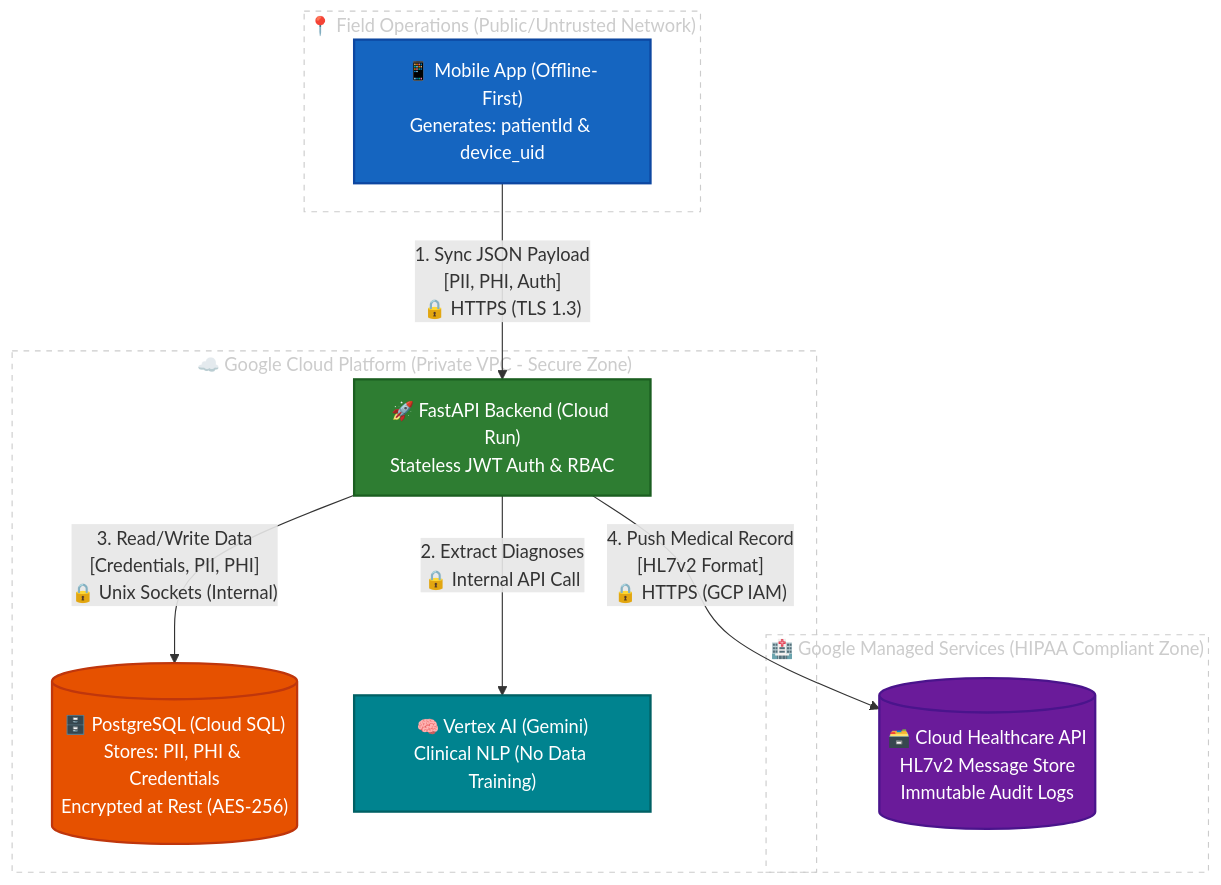
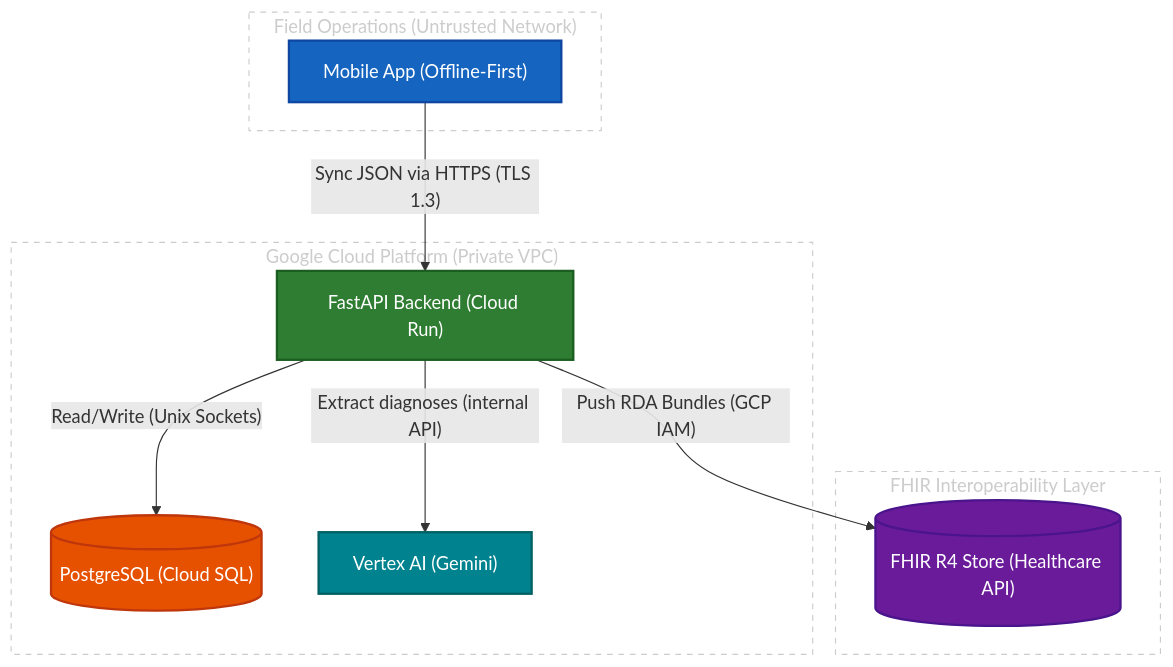
Before and after one commit to guane-hwb/health-without-borders: the diagram in docs/infrastructure/security.md, drawn with Mermaid. The commit also changed other lines of this file and 11 other files, not shown here.

First line of the commit message:
:memo: Remove HL7v2 strategy document and update documentation for FHIR RDA architecture

````diff
--- a/docs/infrastructure/security.md
+++ b/docs/infrastructure/security.md
@@ -84,31 +89,30 @@
 ```mermaid
 flowchart TD
-    %% --- Definición de Estilos para Modo Oscuro de GitHub ---
     classDef mobile fill:#1565c0,stroke:#0d47a1,stroke-width:2px,color:white;
     classDef backend fill:#2e7d32,stroke:#1b5e20,stroke-width:2px,color:white;
     classDef database fill:#e65100,stroke:#bf360c,stroke-width:2px,color:white;
     classDef healthcare fill:#6a1b9a,stroke:#4a148c,stroke-width:2px,color:white;
     classDef ai fill:#00838f,stroke:#006064,stroke-width:2px,color:white;
 
-    subgraph FieldZone ["📍 Field Operations (Public/Untrusted Network)"]
+    subgraph FieldZone ["Field Operations (Untrusted Network)"]
         style FieldZone fill:none,stroke:#ccc,stroke-width:1px,color:#ccc,stroke-dasharray: 5 5
-        Tablet["📱 Mobile App (Offline-First)<br/>Generates: patientId & device_uid"]:::mobile
+        Tablet["Mobile App (Offline-First)"]:::mobile
     end
 
-    subgraph GCPZone ["☁️ Google Cloud Platform (Private VPC - Secure Zone)"]
+    subgraph GCPZone ["Google Cloud Platform (Private VPC)"]
         style GCPZone fill:none,stroke:#ccc,stroke-width:1px,color:#ccc,stroke-dasharray: 5 5
-        API["🚀 FastAPI Backend (Cloud Run)<br/>Stateless JWT Auth & RBAC"]:::backend
-        DB[("🗄️ PostgreSQL (Cloud SQL)<br/>Stores: PII, PHI & Credentials<br/>Encrypted at Rest (AES-256)")]:::database
-        VertexAI["🧠 Vertex AI (Gemini)<br/>Clinical NLP (No Data Training)"]:::ai
+        API["FastAPI Backend (Cloud Run)"]:::backend
+        DB[("PostgreSQL (Cloud SQL)")]:::database
+        VertexAI["Vertex AI (Gemini)"]:::ai
     end
 
-    subgraph HL7Zone ["🏥 Google Managed Services (HIPAA Compliant Zone)"]
-        style HL7Zone fill:none,stroke:#ccc,stroke-width:1px,color:#ccc,stroke-dasharray: 5 5
-        HL7Store[("🗃️ Cloud Healthcare API<br/>HL7v2 Message Store<br/>Immutable Audit Logs")]:::healthcare
+    subgraph FHIRZone ["FHIR Interoperability Layer"]
+        style FHIRZone fill:none,stroke:#ccc,stroke-width:1px,color:#ccc,stroke-dasharray: 5 5
+        FHIRStore[("FHIR R4 Store (Healthcare API)")]:::healthcare
     end
 
-    Tablet -- "1. Sync JSON Payload<br/>[PII, PHI, Auth]<br/>🔒 HTTPS (TLS 1.3)" --> API
-    API -- "2. Extract Diagnoses<br/>🔒 Internal API Call" --> VertexAI
-    API -- "3. Read/Write Data<br/>[Credentials, PII, PHI]<br/>🔒 Unix Sockets (Internal)" --> DB
-    API -- "4. Push Medical Record<br/>[HL7v2 Format]<br/>🔒 HTTPS (GCP IAM)" --> HL7Store
+    Tablet -- "Sync JSON via HTTPS (TLS 1.3)" --> API
+    API -- "Extract diagnoses (internal API)" --> VertexAI
+    API -- "Read/Write (Unix Sockets)" --> DB
+    API -- "Push RDA Bundles (GCP IAM)" --> FHIRStore
 ```
````
